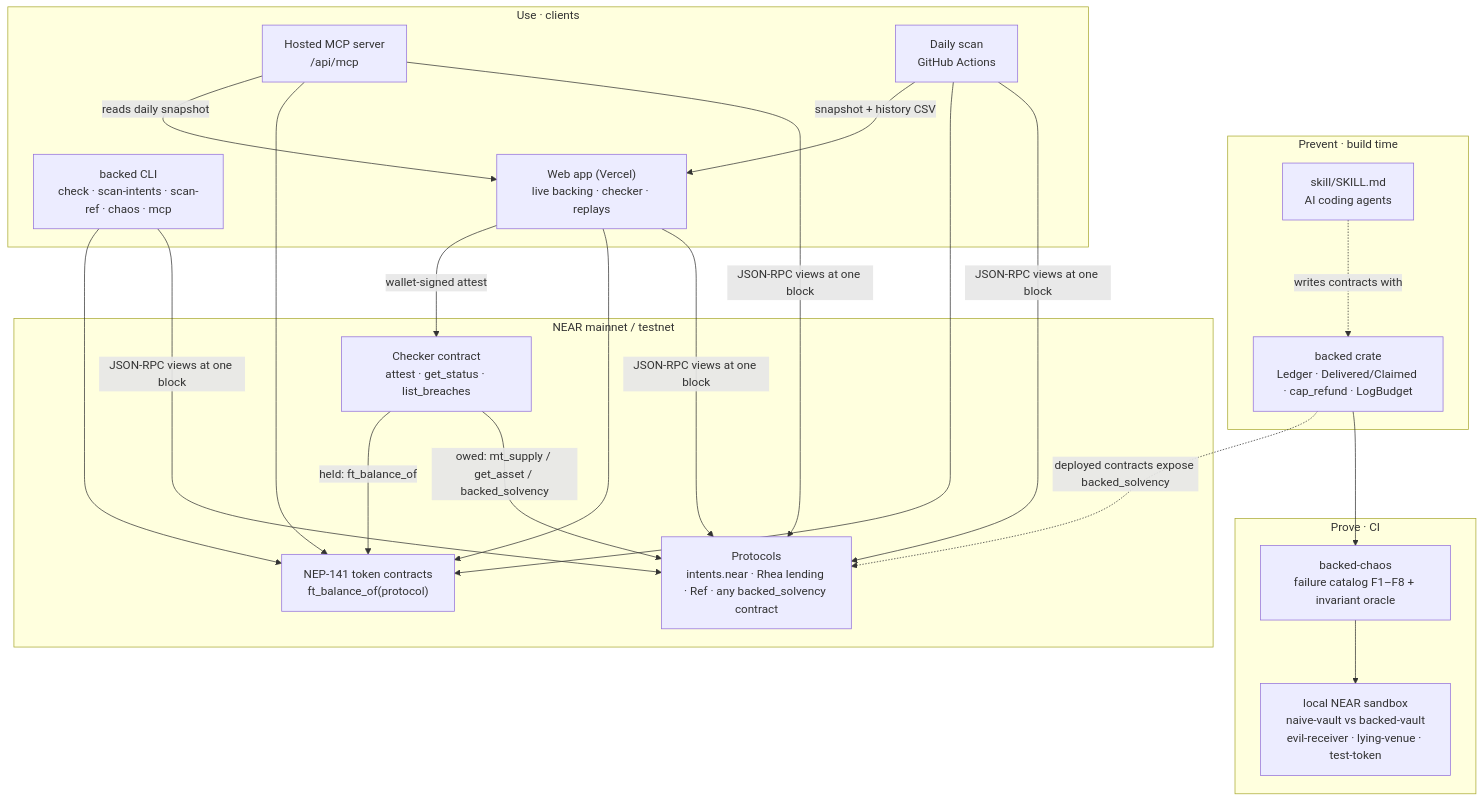
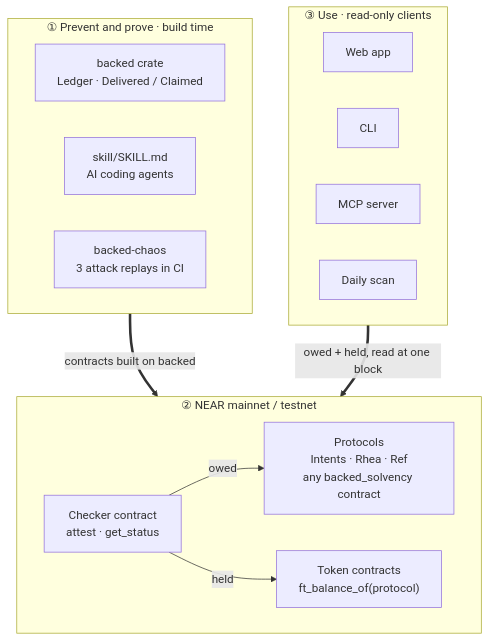
One commit to rohan911438/Backed changed the second of 12 diagrams in README.md. Above: the diagram before and after it, drawn with Mermaid. The commit also changed other lines of this file and 1 other file, not shown here.

First line of the commit message:
README: fix and simplify Mermaid diagrams

````diff
--- a/README.md
+++ b/README.md
@@ -443,33 +444,26 @@
 ```mermaid
 flowchart TB
-    subgraph PREVENT["Prevent · build time"]
-        LIB["backed crate<br/>Ledger · Delivered/Claimed · cap_refund · LogBudget"]
+    subgraph BUILD["① Prevent and prove · build time"]
+        direction LR
+        LIB["backed crate<br/>Ledger · Delivered / Claimed"]
         SKILL["skill/SKILL.md<br/>AI coding agents"]
-        SKILL -.writes contracts with.-> LIB
+        CHAOS["backed-chaos<br/>3 attack replays in CI"]
     end
-    subgraph PROVE["Prove · CI"]
-        CHAOS["backed-chaos<br/>failure catalog F1–F8 + invariant oracle"]
-        SANDBOX["local NEAR sandbox<br/>naive-vault vs backed-vault<br/>evil-receiver · lying-venue · test-token"]
-        CHAOS --> SANDBOX
+    subgraph CLIENTS["③ Use · read-only clients"]
+        direction LR
+        WEB["Web app"]
+        CLI["CLI"]
+        MCP["MCP server"]
+        CRON["Daily scan"]
     end
-    subgraph CHAIN["NEAR mainnet / testnet"]
-        PROTO["Protocols<br/>intents.near · Rhea lending · Ref · any backed_solvency contract"]
-        TOKENS["NEP-141 token contracts<br/>ft_balance_of(protocol)"]
-        CHECKER["Checker contract<br/>attest · get_status · list_breaches"]
-        CHECKER -- "owed: mt_supply / get_asset / backed_solvency" --> PROTO
-        CHECKER -- "held: ft_balance_of" --> TOKENS
+    subgraph CHAIN["② NEAR mainnet / testnet"]
+        direction LR
+        PROTO["Protocols<br/>Intents · Rhea · Ref<br/>any backed_solvency contract"]
+        TOKENS["Token contracts<br/>ft_balance_of(protocol)"]
+        CHECKER["Checker contract<br/>attest · get_status"]
+        CHECKER -- "owed" --> PROTO
+        CHECKER -- "held" --> TOKENS
     end
-    subgraph USE["Use · clients"]
-        CLI["backed CLI<br/>check · scan-intents · scan-ref · chaos · mcp"]
-        WEB["Web app (Vercel)<br/>live backing · checker · replays"]
-        MCP["Hosted MCP server<br/>/api/mcp"]
-        CRON["Daily scan<br/>GitHub Actions"]
-    end
-    LIB --> CHAOS
-    LIB -. "deployed contracts expose backed_solvency" .-> PROTO
-    CLI & WEB & MCP & CRON -- "JSON-RPC views at one block" --> PROTO
-    CLI & WEB & MCP & CRON --> TOKENS
-    WEB -- "wallet-signed attest" --> CHECKER
-    CRON -- "snapshot + history CSV" --> WEB
-    MCP -- "reads daily snapshot" --> WEB
+    BUILD == "contracts built on backed" ==> CHAIN
+    CLIENTS == "owed + held, read at one block" ==> CHAIN
 ```
````
